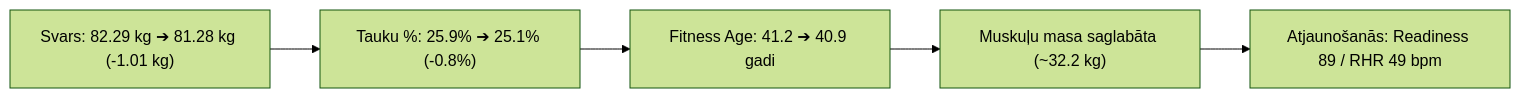
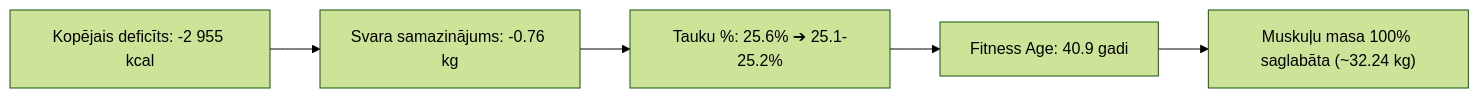
One commit to agrism/ag-ves-dati changed the diagram in Veselibas_un_Uztura_Kopsavilkums_10.09.2026.md. Above: the diagram before and after it, drawn with Mermaid (forest theme). The commit also changed other lines of this file, not shown here.

````diff
--- a/Veselibas_un_Uztura_Kopsavilkums_10.09.2026.md
+++ b/Veselibas_un_Uztura_Kopsavilkums_10.09.2026.md
@@ -22,7 +25,7 @@
 ```mermaid
 graph LR
-    A["Svars: 82.29 kg ➔ 81.28 kg (-1.01 kg)"] --> B["Tauku %: 25.9% ➔ 25.1% (-0.8%)"]
-    B --> C["Fitness Age: 41.2 ➔ 40.9 gadi"]
-    C --> D["Muskuļu masa saglabāta (~32.2 kg)"]
-    D --> E["Atjaunošanās: Readiness 89 / RHR 49 bpm"]
+    A["Kopējais deficīts: -2 955 kcal"] --> B["Svara samazinājums: -0.76 kg"]
+    B --> C["Tauku %: 25.6% ➔ 25.1-25.2%"]
+    C --> D["Fitness Age: 40.9 gadi"]
+    D --> E["Muskuļu masa 100% saglabāta (~32.24 kg)"]
 ```
````
